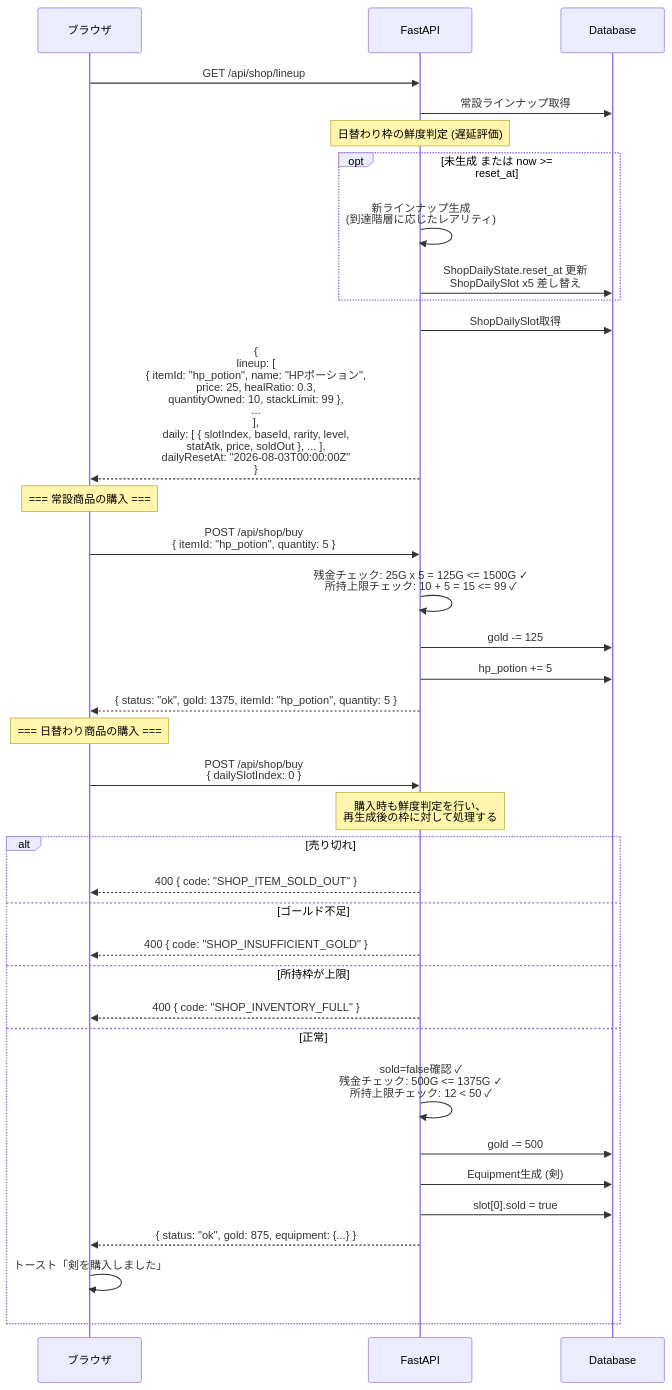
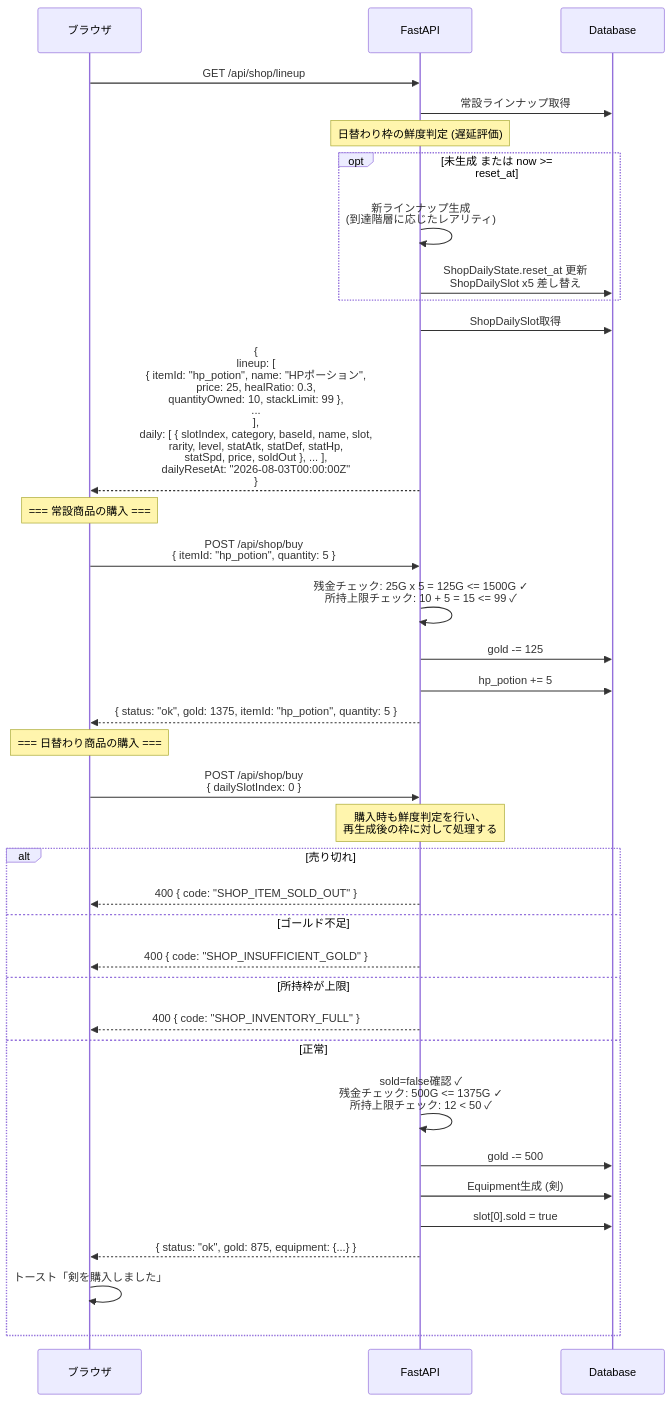
One commit to dateeee/2026_AFKGAME changed the second of 3 diagrams in diagrams/api_sequence/gameplay.md. Above: the diagram before and after it, drawn with Mermaid. The commit also changed 18 other files, not shown here.

First line of the commit message:
docs: 設計図レビュー指摘13件を反映し、システム構成図・画面遷移図を分割

````diff
--- a/diagrams/api_sequence/gameplay.md
+++ b/diagrams/api_sequence/gameplay.md
@@ -64,48 +64,48 @@
 ```mermaid
 %%{init: {'theme': 'default', 'sequence': {'actorFontSize': 18, 'messageFontSize': 16, 'noteFontSize': 14}} }%%
 sequenceDiagram
     participant B as ブラウザ
     participant API as FastAPI
     participant DB as Database
 
     B->>API: GET /api/shop/lineup
     API->>DB: 常設ラインナップ取得
 
     Note over API: 日替わり枠の鮮度判定 (遅延評価)
 
     opt 未生成 または now >= reset_at
         API->>API: 新ラインナップ生成<br/>(到達階層に応じたレアリティ)
         API->>DB: ShopDailyState.reset_at 更新<br/>ShopDailySlot x5 差し替え
     end
 
     API->>DB: ShopDailySlot取得
-    API-->>B: {<br/>  lineup: [<br/>    { itemId: "hp_potion", name: "HPポーション",<br/>      price: 25, healRatio: 0.3,<br/>      quantityOwned: 10, stackLimit: 99 },<br/>    ...<br/>  ],<br/>  daily: [ { slotIndex, baseId, rarity, level,<br/>    statAtk, price, soldOut }, ... ],<br/>  dailyResetAt: "2026-08-03T00:00:00Z"<br/>}
+    API-->>B: {<br/>  lineup: [<br/>    { itemId: "hp_potion", name: "HPポーション",<br/>      price: 25, healRatio: 0.3,<br/>      quantityOwned: 10, stackLimit: 99 },<br/>    ...<br/>  ],<br/>  daily: [ { slotIndex, category, baseId, name, slot,<br/>    rarity, level, statAtk, statDef, statHp,<br/>    statSpd, price, soldOut }, ... ],<br/>  dailyResetAt: "2026-08-03T00:00:00Z"<br/>}
 
     Note over B: === 常設商品の購入 ===
 
     B->>API: POST /api/shop/buy<br/>{ itemId: "hp_potion", quantity: 5 }
     API->>API: 残金チェック: 25G x 5 = 125G <= 1500G ✓<br/>所持上限チェック: 10 + 5 = 15 <= 99 ✓
     API->>DB: gold -= 125
     API->>DB: hp_potion += 5
     API-->>B: { status: "ok", gold: 1375, itemId: "hp_potion", quantity: 5 }
 
     Note over B: === 日替わり商品の購入 ===
 
     B->>API: POST /api/shop/buy<br/>{ dailySlotIndex: 0 }
     Note over API: 購入時も鮮度判定を行い、<br/>再生成後の枠に対して処理する
 
     alt 売り切れ
         API-->>B: 400 { code: "SHOP_ITEM_SOLD_OUT" }
     else ゴールド不足
         API-->>B: 400 { code: "SHOP_INSUFFICIENT_GOLD" }
     else 所持枠が上限
         API-->>B: 400 { code: "SHOP_INVENTORY_FULL" }
     else 正常
         API->>API: sold=false確認 ✓<br/>残金チェック: 500G <= 1375G ✓<br/>所持上限チェック: 12 < 50 ✓
         API->>DB: gold -= 500
         API->>DB: Equipment生成 (剣)
         API->>DB: slot[0].sold = true
         API-->>B: { status: "ok", gold: 875, equipment: {...} }
         B->>B: トースト「剣を購入しました」
     end
 ```
````
